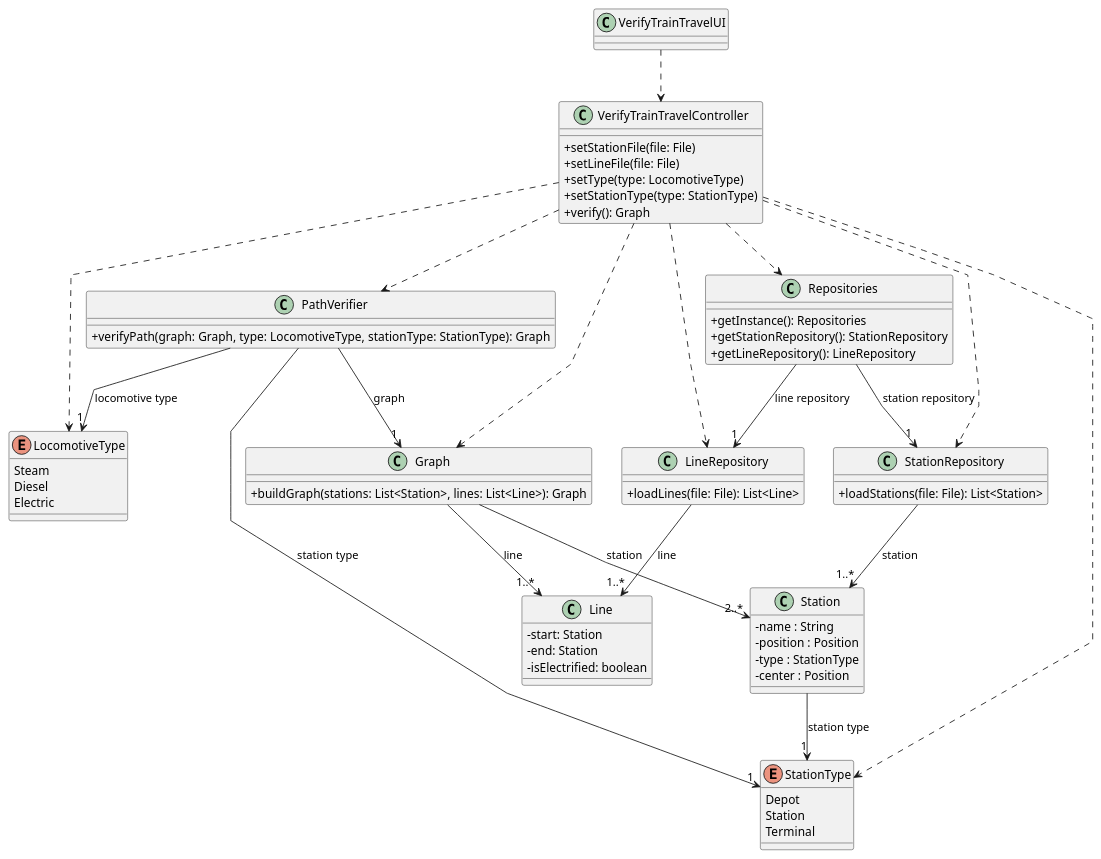
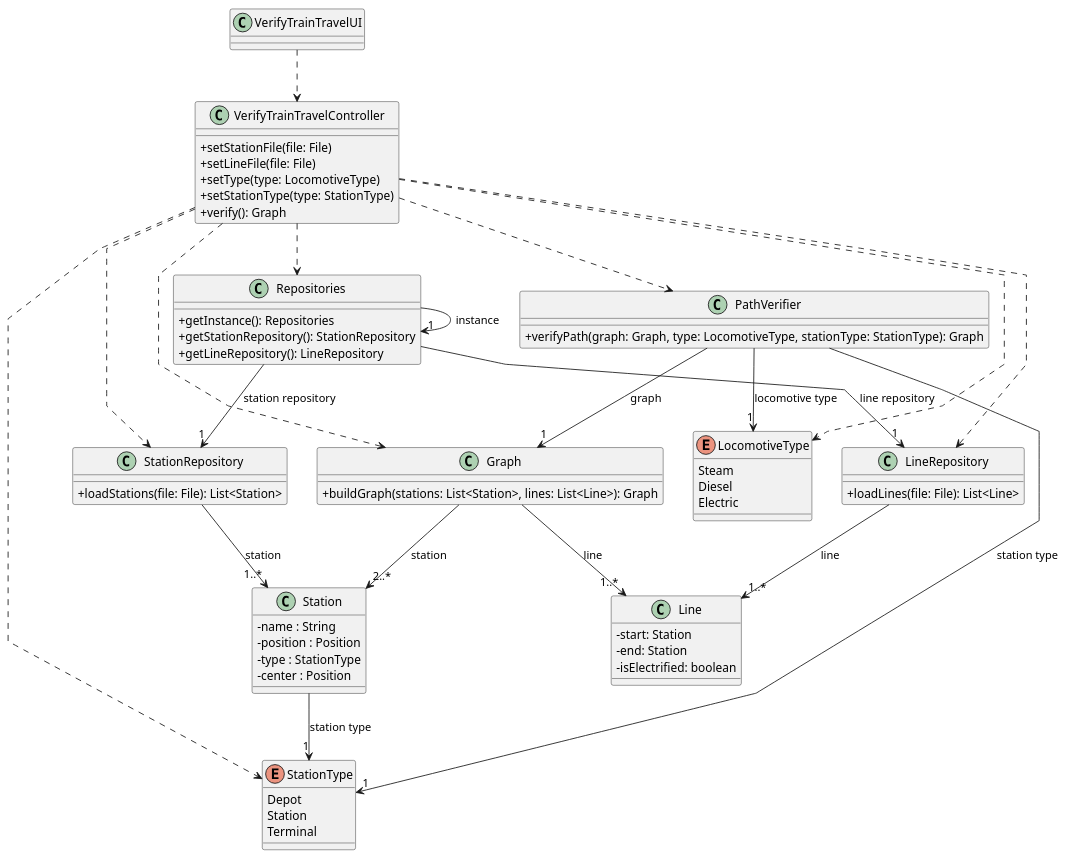
One commit to 1240935/pi2-railway-simulator changed the diagram in Sprint2/US013/03.design/puml/US013-CD.puml. Above: the diagram before and after it, drawn with PlantUML. The commit also changed 12 other files, not shown here.

```diff
--- a/Sprint2/US013/03.design/puml/US013-CD.puml
+++ b/Sprint2/US013/03.design/puml/US013-CD.puml
@@ -1,91 +1,92 @@
 @startuml
 'skinparam monochrome true
 skinparam packageStyle rectangle
 skinparam shadowing false
 skinparam linetype polyline
 'skinparam linetype orto
 
 skinparam classAttributeIconSize 0
 
 'left to right direction
 
 class VerifyTrainTravelUI {
 }
 
 class VerifyTrainTravelController {
   +setStationFile(file: File)
   +setLineFile(file: File)
   +setType(type: LocomotiveType)
   +setStationType(type: StationType)
   +verify(): Graph
 }
 
 class Station {
   -name : String
   -position : Position
   -type : StationType
   -center : Position
 }
 
 class Line {
   -start: Station
   -end: Station
   -isElectrified: boolean
 }
 
 enum LocomotiveType {
   Steam
   Diesel
   Electric
 }
 
 enum StationType {
   Depot
   Station
   Terminal
 }
 
 class Graph {
   +buildGraph(stations: List<Station>, lines: List<Line>): Graph
 }
 
 class PathVerifier {
   +verifyPath(graph: Graph, type: LocomotiveType, stationType: StationType): Graph
 }
 
 class Repositories {
   +getInstance(): Repositories
   +getStationRepository(): StationRepository
   +getLineRepository(): LineRepository
 }
 
 class StationRepository {
   +loadStations(file: File): List<Station>
 }
 
 class LineRepository {
   +loadLines(file: File): List<Line>
 }
 
 VerifyTrainTravelUI ..> VerifyTrainTravelController
 VerifyTrainTravelController ..> StationRepository
 VerifyTrainTravelController ..> LineRepository
 VerifyTrainTravelController ..> Graph
 VerifyTrainTravelController ..> PathVerifier
 VerifyTrainTravelController ..> LocomotiveType
 VerifyTrainTravelController ..> StationType
 VerifyTrainTravelController ..> Repositories
 
+Repositories -> "1" Repositories : instance
 Repositories --> "1" StationRepository : station repository
 Repositories --> "1" LineRepository : line repository
 
 StationRepository --> "1..*" Station : station
 LineRepository --> "1..*" Line : line
 Graph --> "2..*" Station : station
 Graph --> "1..*" Line : line
 PathVerifier --> "1" Graph :graph
 PathVerifier --> "1" LocomotiveType : locomotive type
 PathVerifier --> "1" StationType : station type
 Station --> "1" StationType : station type
 
 @enduml
```
